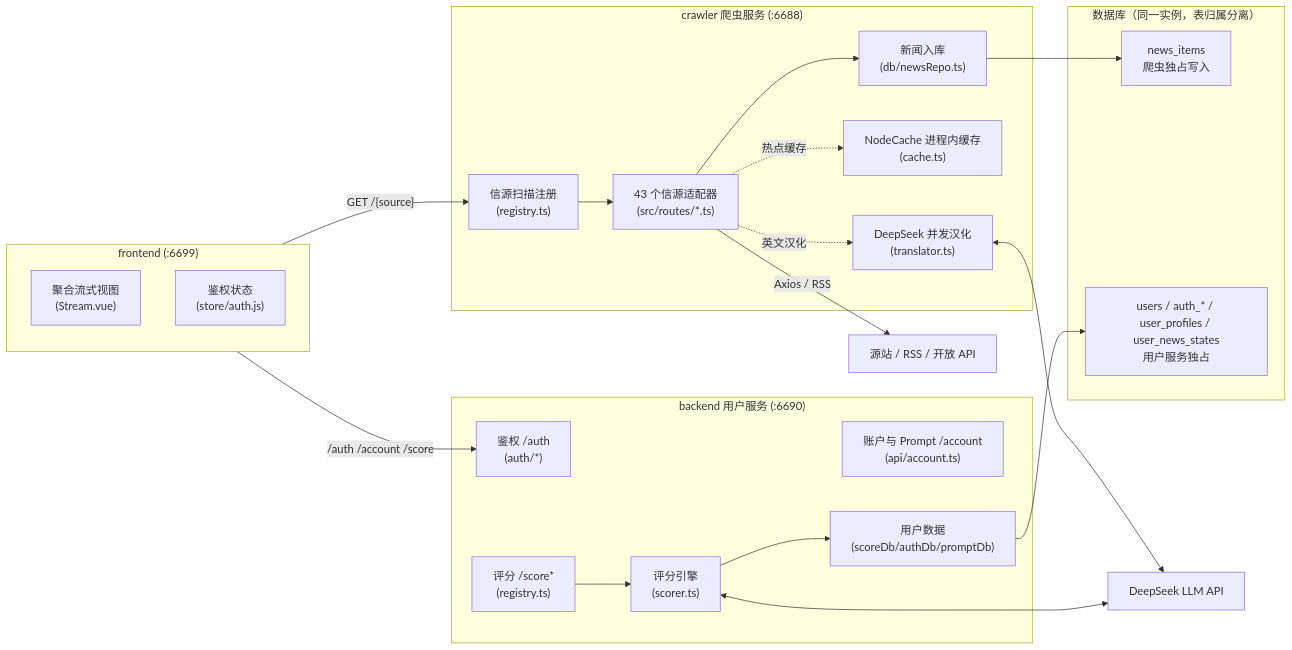
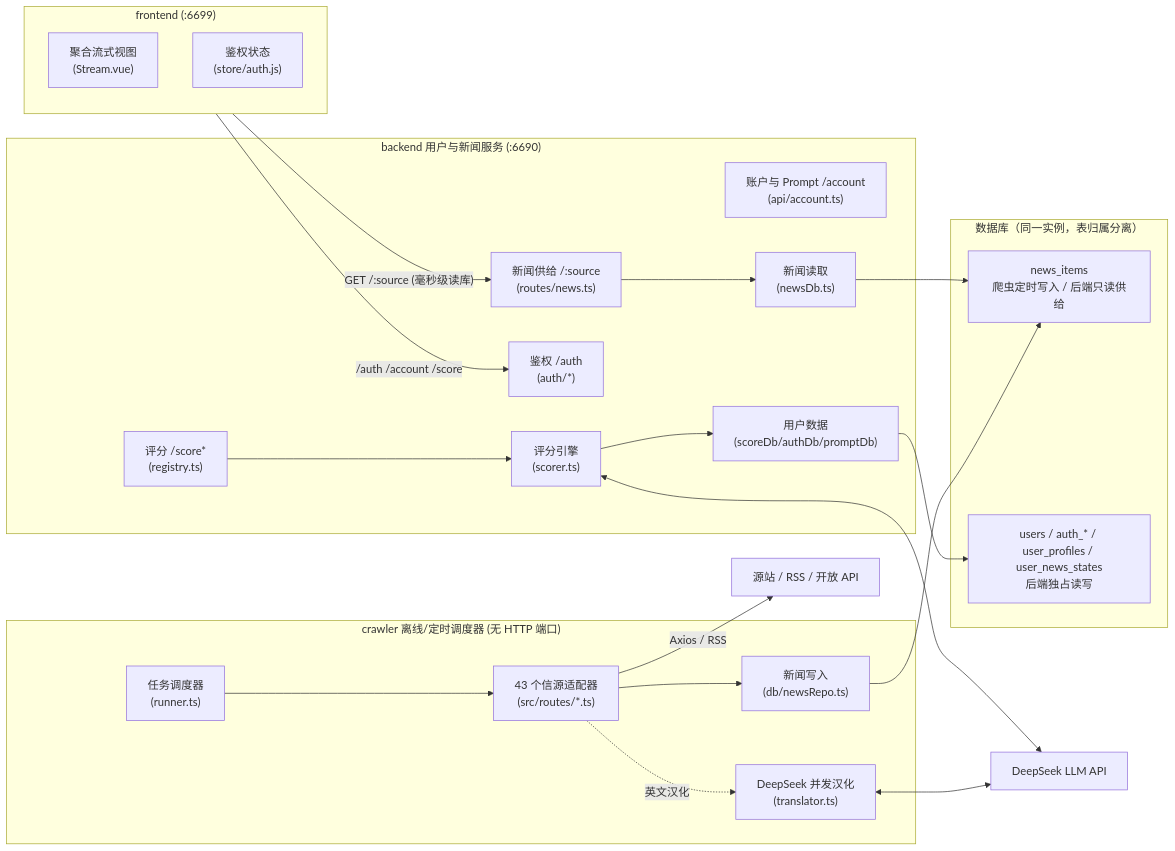
One commit to g39088902/dailyforyou changed the first of 2 diagrams in AGENTS.md. Above: the diagram before and after it, drawn with Mermaid. The commit also changed other lines of this file and 45 other files, not shown here.

````diff
--- a/AGENTS.md
+++ b/AGENTS.md
@@ -59,45 +59,48 @@
 ```mermaid
 flowchart LR
     subgraph Front["frontend (:6699)"]
         StreamView["聚合流式视图\n(Stream.vue)"]
         AuthStore["鉴权状态\n(store/auth.js)"]
     end
 
-    subgraph Crawler["crawler 爬虫服务 (:6688)"]
-        CRegistry["信源扫描注册\n(registry.ts)"]
-        Adapters["43 个信源适配器\n(src/routes/*.ts)"]
-        Translator["DeepSeek 并发汉化\n(translator.ts)"]
-        Cache["NodeCache 进程内缓存\n(cache.ts)"]
-        NewsRepo["新闻入库\n(db/newsRepo.ts)"]
-    end
-
-    subgraph UserSvc["backend 用户服务 (:6690)"]
+    subgraph UserSvc["backend 用户与新闻服务 (:6690)"]
+        NewsRouter["新闻供给 /:source\n(routes/news.ts)"]
         AuthApp["鉴权 /auth\n(auth/*)"]
         AccountApp["账户与 Prompt /account\n(api/account.ts)"]
         ScoreApp["评分 /score*\n(registry.ts)"]
         Scorer["评分引擎\n(scorer.ts)"]
         UserRepo["用户数据\n(scoreDb/authDb/promptDb)"]
+        NewsRepo["新闻读取\n(newsDb.ts)"]
+    end
+
+    subgraph Crawler["crawler 离线/定时调度器 (无 HTTP 端口)"]
+        Runner["任务调度器\n(runner.ts)"]
+        Adapters["43 个信源适配器\n(src/routes/*.ts)"]
+        Translator["DeepSeek 并发汉化\n(translator.ts)"]
+        NewsWriter["新闻写入\n(db/newsRepo.ts)"]
     end
 
     subgraph Storage["数据库（同一实例，表归属分离）"]
-        NewsTable["news_items\n爬虫独占写入"]
-        UserTables["users / auth_* / user_profiles / user_news_states\n用户服务独占"]
+        NewsTable["news_items\n爬虫定时写入 / 后端只读供给"]
+        UserTables["users / auth_* / user_profiles / user_news_states\n后端独占读写"]
     end
 
     DeepSeekLLM["DeepSeek LLM API"]
     TargetSites["源站 / RSS / 开放 API"]
 
-    Front -->|"GET /{source}"| CRegistry
+    Front -->|"GET /:source (毫秒级读库)"| NewsRouter
     Front -->|"/auth /account /score"| AuthApp
-    CRegistry --> Adapters
-    Adapters -->|Axios / RSS| TargetSites
-    Adapters -.->|英文汉化| Translator
-    Translator <--> DeepSeekLLM
-    Adapters -.->|热点缓存| Cache
-    Adapters --> NewsRepo
+    NewsRouter --> NewsRepo
     NewsRepo --> NewsTable
     ScoreApp --> Scorer
     Scorer <--> DeepSeekLLM
     Scorer --> UserRepo
     UserRepo --> UserTables
+
+    Runner --> Adapters
+    Adapters -->|Axios / RSS| TargetSites
+    Adapters -.->|英文汉化| Translator
+    Translator <--> DeepSeekLLM
+    Adapters --> NewsWriter
+    NewsWriter --> NewsTable
 ```
````
